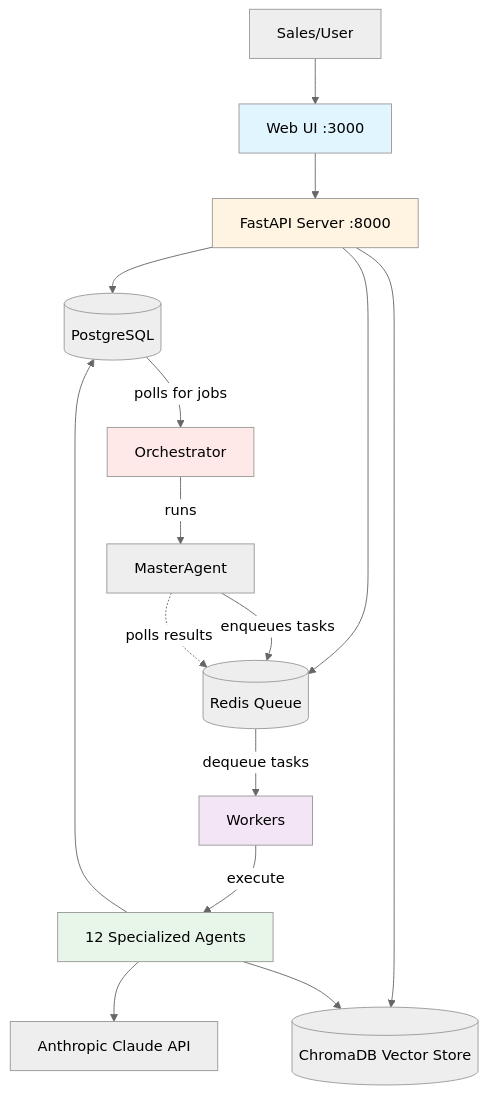
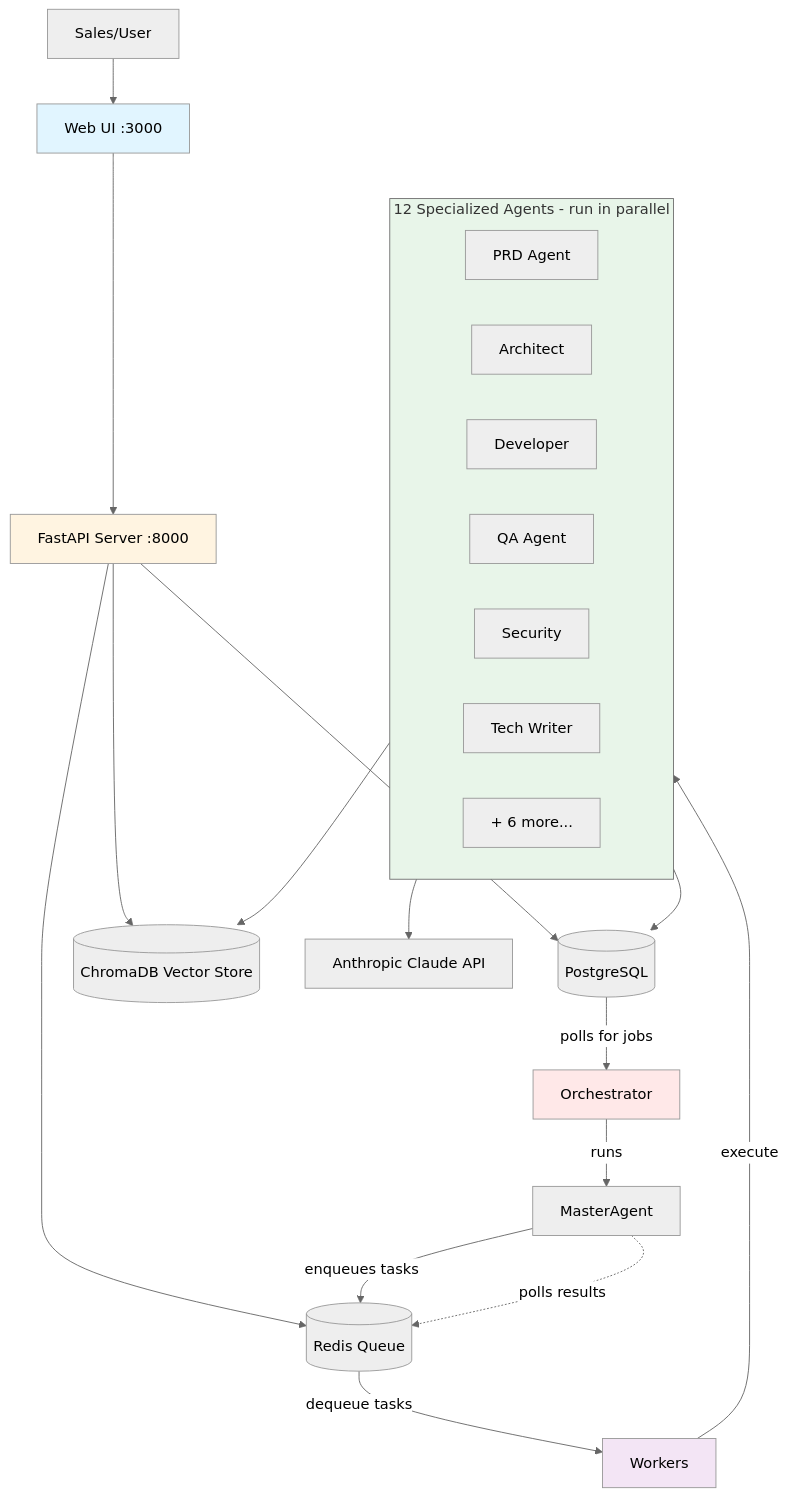
Before and after one commit to tefj-fun/agent_bus: the first of 3 diagrams in README.md, drawn with Mermaid (neutral theme).

Commit message:
docs: Show agents run in parallel in architecture diagram
- Added subgraph showing individual agents (PRD, Architect, Developer, etc.)
- Label indicates "12 Specialized Agents - run in parallel"
- Shows some agents by name with "+ 6 more..." for brevity

https://claude.ai/code/session_01XdjEkvRuAbyekvRFJ1M9xj

````diff
--- a/README.md
+++ b/README.md
@@ -86,28 +86,39 @@
 ```mermaid
 graph TB
     User[Sales/User] --> WebUI[Web UI :3000]
     WebUI --> API[FastAPI Server :8000]
 
     API --> Postgres[(PostgreSQL)]
     API --> Redis[(Redis Queue)]
     API --> ChromaDB[(ChromaDB Vector Store)]
 
     Postgres -->|polls for jobs| Orchestrator[Orchestrator]
     Orchestrator -->|runs| MasterAgent[MasterAgent]
     MasterAgent -->|enqueues tasks| Redis
 
     Redis -->|dequeue tasks| Workers[Workers]
-    Workers -->|execute| Agents[12 Specialized Agents]
+
+    subgraph Agents[12 Specialized Agents - run in parallel]
+        PRD[PRD Agent]
+        Arch[Architect]
+        Dev[Developer]
+        QA[QA Agent]
+        Sec[Security]
+        Docs[Tech Writer]
+        More[+ 6 more...]
+    end
+
+    Workers -->|execute| Agents
 
     Agents --> LLM[Anthropic Claude API]
     Agents --> Postgres
     Agents --> ChromaDB
 
     MasterAgent -.->|polls results| Redis
 
     style WebUI fill:#e1f5ff
     style API fill:#fff4e1
     style Agents fill:#e8f5e9
     style Orchestrator fill:#ffe8e8
     style Workers fill:#f3e5f5
 ```
````
